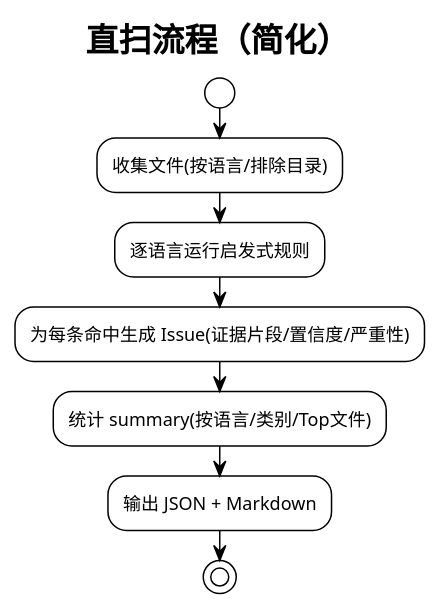
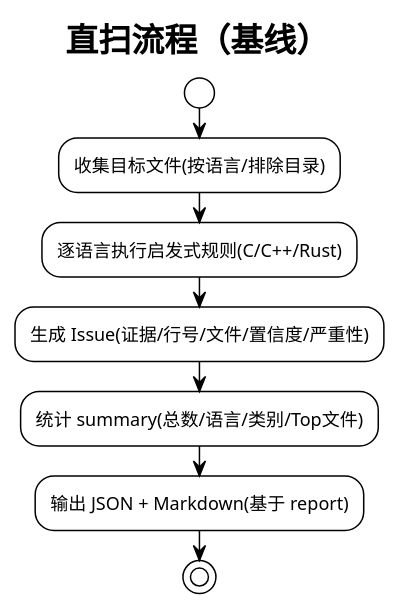
The second of 3 diagrams in docs/架构设计/jarvis-sec系统架构设计.md (skyfireitdiy/Jarvis), drawn with PlantUML before and after one commit. The commit also changed other lines of this file, not shown here.

````diff
--- a/docs/架构设计/jarvis-sec系统架构设计.md
+++ b/docs/架构设计/jarvis-sec系统架构设计.md
@@ -94,14 +100,14 @@
 ```plantuml
 @startuml
 !theme plain
-title 直扫流程（简化）
+title 直扫流程（基线）
 
 start
-:收集文件(按语言/排除目录);
-:逐语言运行启发式规则;
-:为每条命中生成 Issue(证据片段/置信度/严重性);
-:统计 summary(按语言/类别/Top文件);
-:输出 JSON + Markdown;
+:收集目标文件(按语言/排除目录);
+:逐语言执行启发式规则(C/C++/Rust);
+:生成 Issue(证据/行号/文件/置信度/严重性);
+:统计 summary(总数/语言/类别/Top文件);
+:输出 JSON + Markdown(基于 report);
 stop
 @enduml
 ```
````
